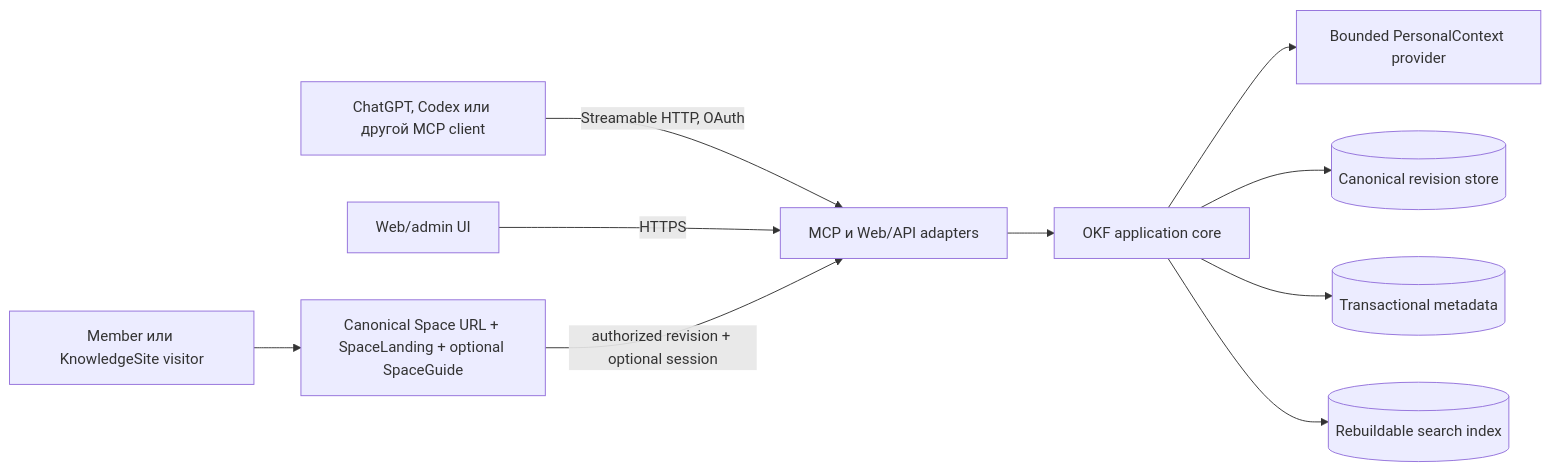
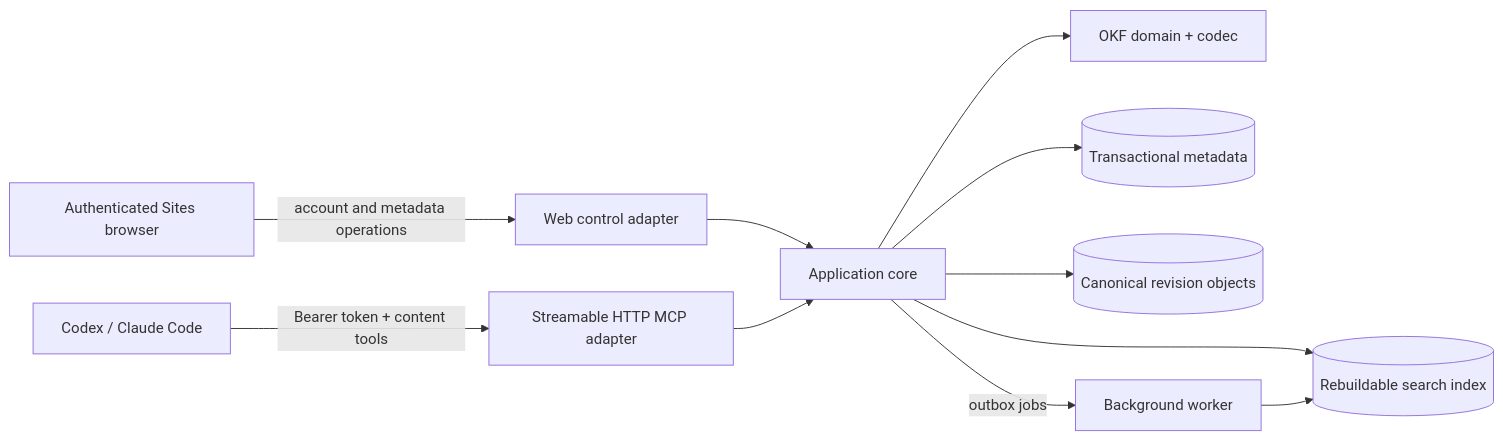
One commit to xxsrez/MindDiary changed the first of 2 diagrams in docs/architecture.md. Above: the diagram before and after it, drawn with Mermaid. The commit also changed other lines of this file and 19 other files, not shown here.

````diff
--- a/docs/architecture.md
+++ b/docs/architecture.md
@@ -28,23 +24,24 @@
 ```mermaid
 flowchart LR
-    Agent[ChatGPT, Codex или другой MCP client]
-    Admin[Web/admin UI]
-    Visitor[Member или KnowledgeSite visitor]
-    Site[Canonical Space URL + SpaceLanding + optional SpaceGuide]
-    Edge[MCP и Web/API adapters]
-    Core[OKF application core]
-    Canon[(Canonical revision store)]
-    Meta[(Transactional metadata)]
-    Index[(Rebuildable search index)]
-    Personal[Bounded PersonalContext provider]
+    Browser["Authenticated Sites browser"]
+    Agent["Codex / Claude Code"]
+    Web["Web control adapter"]
+    MCP["Streamable HTTP MCP adapter"]
+    Core["Application core"]
+    Codec["OKF domain + codec"]
+    Meta[("Transactional metadata")]
+    Canon[("Canonical revision objects")]
+    Index[("Rebuildable search index")]
+    Worker["Background worker"]
 
-    Agent -->|Streamable HTTP, OAuth| Edge
-    Admin -->|HTTPS| Edge
-    Visitor --> Site
-    Site -->|authorized revision + optional session| Edge
-    Edge --> Core
-    Core --> Personal
+    Browser -->|"account and metadata operations"| Web
+    Agent -->|"Bearer token + content tools"| MCP
+    Web --> Core
+    MCP --> Core
+    Core --> Codec
+    Core --> Meta
     Core --> Canon
-    Core --> Meta
     Core --> Index
+    Core -->|"outbox jobs"| Worker
+    Worker --> Index
 ```
````
